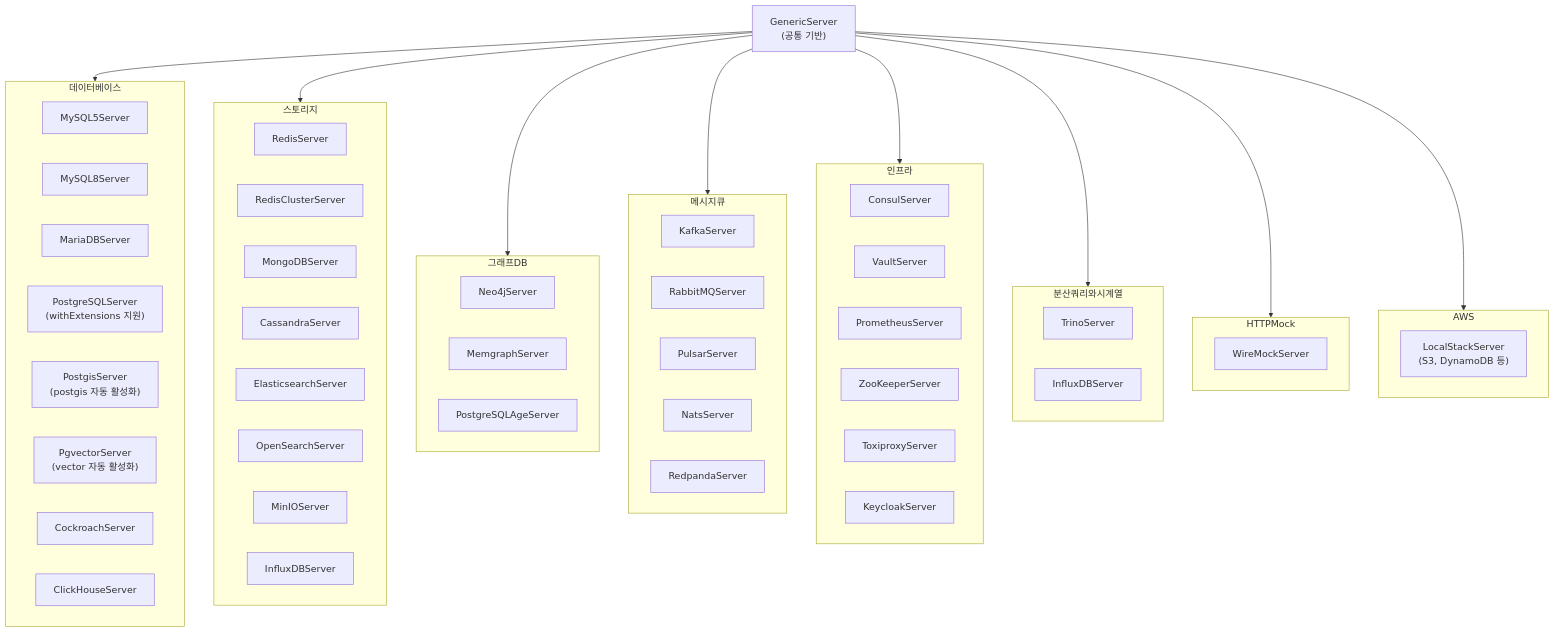
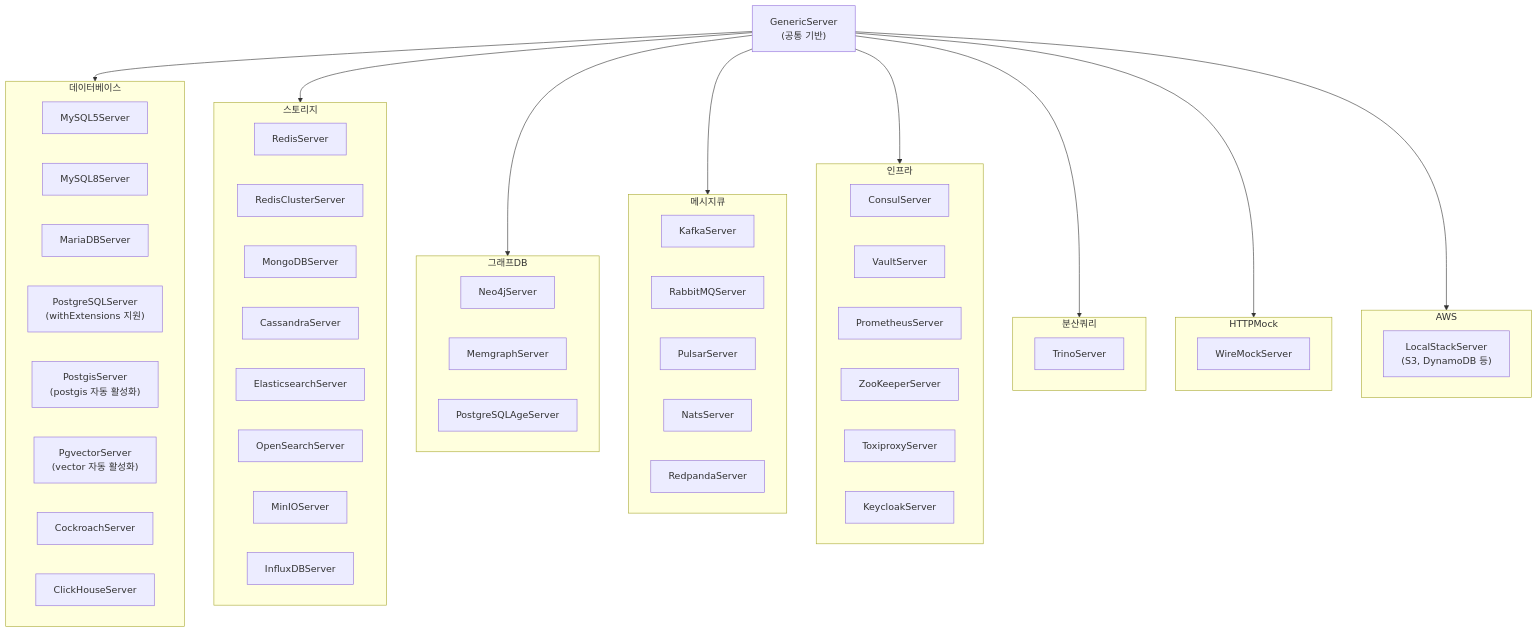
One commit to bluetape4k/bluetape4k-projects changed the third of 3 diagrams in testing/testcontainers/README.md. Above: the diagram before and after it, drawn with Mermaid. The commit also changed other lines of this file, not shown here.

Commit message:
fix: WireMockServer/InfluxDBServer 테스트 활성화 및 README 수정
- WireMockServer: WireMock Java 클라이언트 연동으로 stubFor/resetAll 구현
- InfluxDBServer: organization/bucket/adminToken 공개 프로퍼티 + 환경변수 설정
- InfluxDBServerTest: .disabled 재활성화, .use{} 싱글턴 오용 수정
- WireMockServerTest: .disabled 재활성화
- README: Keycloak 예시 authServerUrl → getAuthServerUrl() 수정
- README: Mermaid 다이어그램 MG 노드 충돌 수정, InfluxDB 중복 제거

````diff
--- a/testing/testcontainers/README.md
+++ b/testing/testcontainers/README.md
@@ -319,71 +321,70 @@
 ```mermaid
 flowchart TD
     GS["GenericServer<br/>(공통 기반)"]
 
     subgraph 데이터베이스
         MY5["MySQL5Server"]
         MY8["MySQL8Server"]
         MA["MariaDBServer"]
         PG["PostgreSQLServer<br/>(withExtensions 지원)"]
         PGS["PostgisServer<br/>(postgis 자동 활성화)"]
         PGV["PgvectorServer<br/>(vector 자동 활성화)"]
         CR["CockroachServer"]
         CH["ClickHouseServer"]
     end
 
     subgraph 스토리지
         RD["RedisServer"]
         RDC["RedisClusterServer"]
-        MG["MongoDBServer"]
+        MGO["MongoDBServer"]
         CS["CassandraServer"]
         ES["ElasticsearchServer"]
         OS["OpenSearchServer"]
         MN["MinIOServer"]
         IFL["InfluxDBServer"]
     end
 
     subgraph 그래프DB
         NJ["Neo4jServer"]
-        MG2["MemgraphServer"]
+        MG["MemgraphServer"]
         PA["PostgreSQLAgeServer"]
     end
 
     subgraph 메시지큐
         KF["KafkaServer"]
         RB["RabbitMQServer"]
         PL["PulsarServer"]
         NT["NatsServer"]
         RP["RedpandaServer"]
     end
 
     subgraph 인프라
         CN["ConsulServer"]
         VT["VaultServer"]
         PR["PrometheusServer"]
         ZK["ZooKeeperServer"]
         TX["ToxiproxyServer"]
         KC["KeycloakServer"]
     end
 
-    subgraph 분산쿼리와시계열
+    subgraph 분산쿼리
         TR["TrinoServer"]
-        IDB["InfluxDBServer"]
     end
 
     subgraph HTTPMock
         WM["WireMockServer"]
     end
 
     subgraph AWS
         LS["LocalStackServer<br/>(S3, DynamoDB 등)"]
     end
 
     GS --> 데이터베이스
     GS --> 스토리지
     GS --> 그래프DB
     GS --> 메시지큐
     GS --> 인프라
-    GS --> 분산쿼리와시계열
+    GS --> 분산쿼리
     GS --> HTTPMock
     GS --> AWS
 ```
````
